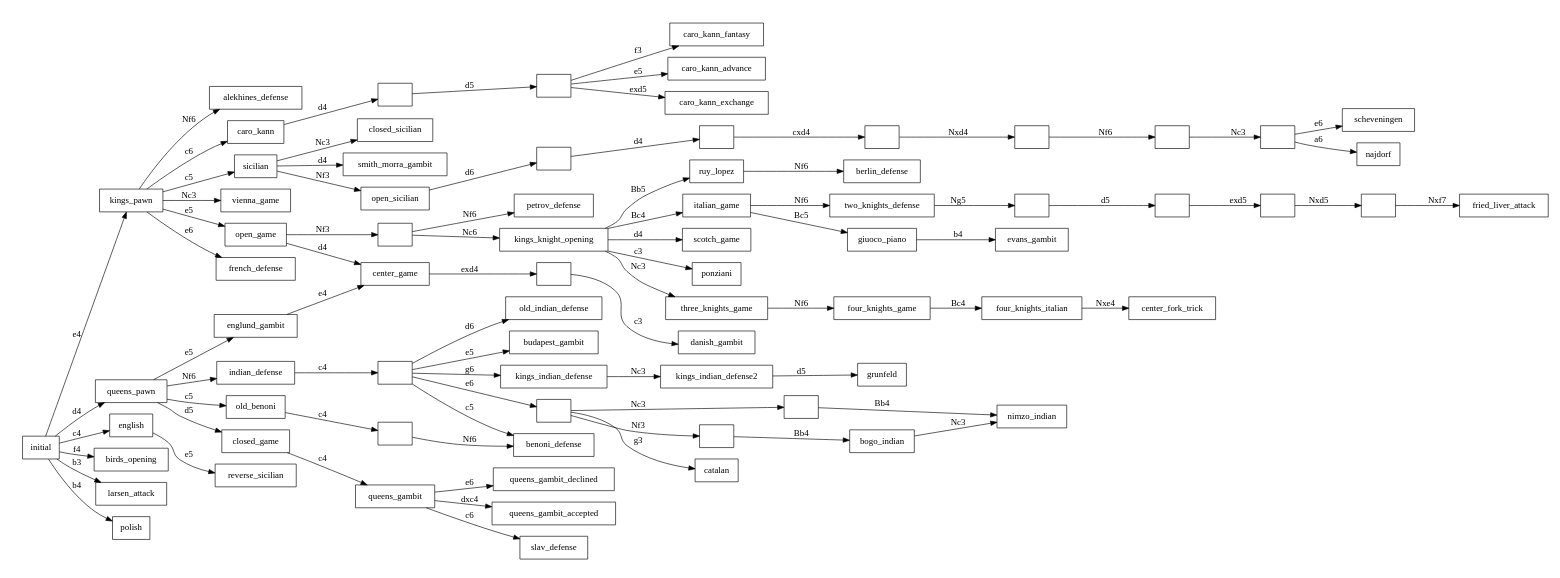
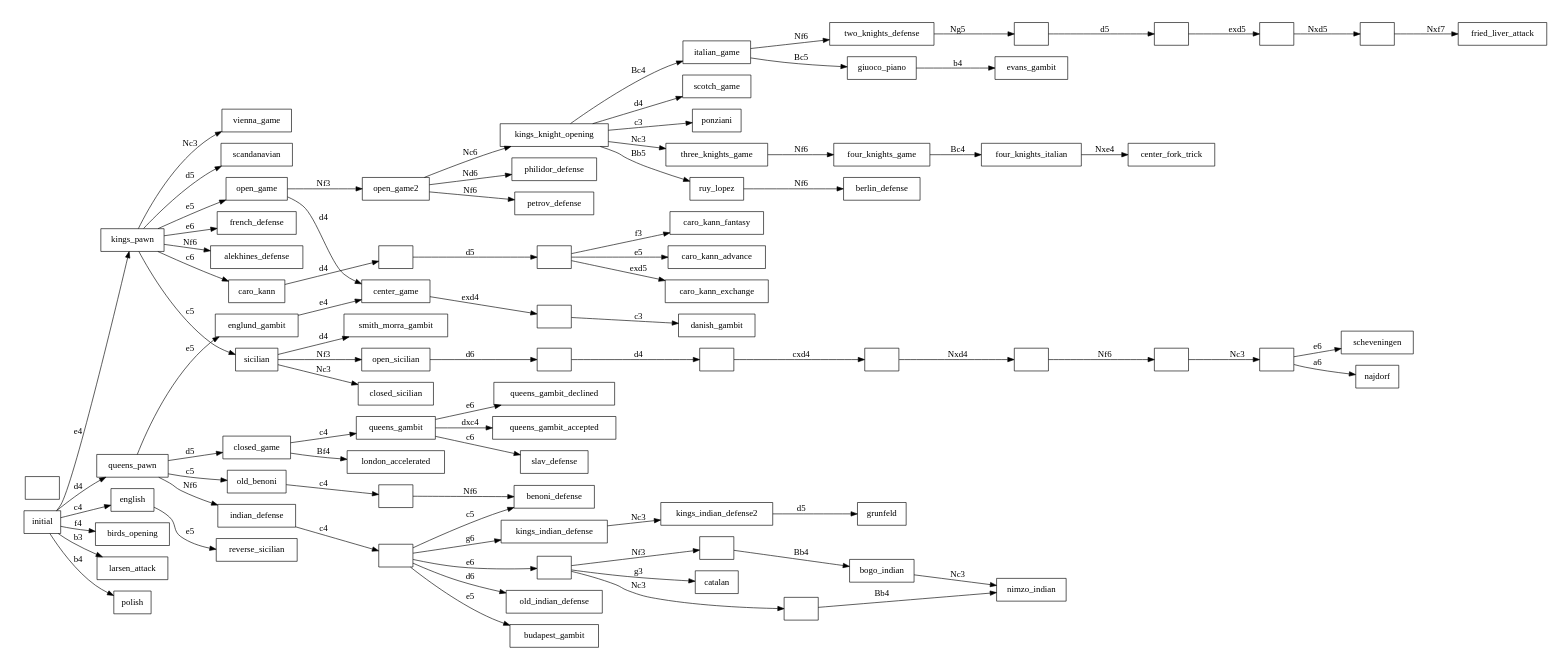
One commit to lwerdna/workbench changed the diagram in chess-openings-graph/openings.dot. Above: the diagram before and after it, drawn with Graphviz.

Commit message:
chess openings graph: Add philidor, petrov, scandinavian

```diff
--- a/chess-openings-graph/openings.dot
+++ b/chess-openings-graph/openings.dot
@@ -1,136 +1,139 @@
 digraph chess_openings {
 	rankdir=LR;
 	size="8,5"
 
     node [shape="box"]
 	indian_defense2 [label=""];
 	indian_defense3 [label=""];
 	indian_defense4 [label=""];
 	indian_defense5 [label=""];
 	open_game_2 [label=""];
 	old_benoni2 [label=""];
 	two_knights_defense2 [label=""];
 	two_knights_defense3 [label=""];
 	two_knights_defense4 [label=""];
 	two_knights_defense5 [label=""];
 	caro_kann2 [label=""];
 	caro_kann3 [label=""];
 	center_game2 [label=""];
 	open_sicilian2 [label=""];
 	open_sicilian3 [label=""];
 	open_sicilian4 [label=""];
 	open_sicilian5 [label=""];
 	open_sicilian6 [label=""];
 	open_sicilian7 [label=""];
 
 	initial [label="initial"]
 
 	initial -> kings_pawn [label="e4"];
 	initial -> queens_pawn [label="d4"];
 	initial -> english [label="c4"];
 	initial -> birds_opening [label="f4"];
 	initial -> larsen_attack [label="b3"];
 	initial -> polish [label="b4"];
 
+	kings_pawn -> scandanavian [label="d5"];
 	kings_pawn -> open_game [label="e5"];
 	kings_pawn -> french_defense [label="e6"];	
 	kings_pawn -> alekhines_defense [label="Nf6"];
 	kings_pawn -> caro_kann [label="c6"];
 	kings_pawn -> sicilian [label="c5"];
 	kings_pawn -> vienna_game [label="Nc3"];
 
 	caro_kann -> caro_kann2 [label="d4"];
 	caro_kann2 -> caro_kann3 [label="d5"];
 	caro_kann3 -> caro_kann_advance [label="e5"];
 	caro_kann3 -> caro_kann_exchange [label="exd5"];
 	caro_kann3 -> caro_kann_fantasy [label="f3"];
 
 	sicilian -> open_sicilian [label="Nf3"];
 	sicilian -> closed_sicilian [label="Nc3"];
 	sicilian -> smith_morra_gambit [label="d4"];
 
 	open_sicilian -> open_sicilian2 [label="d6"]
 
 	open_sicilian2 -> open_sicilian3 [label="d4"]
 	open_sicilian3 -> open_sicilian4 [label="cxd4"]
 	open_sicilian4 -> open_sicilian5 [label="Nxd4"]
 	open_sicilian5 -> open_sicilian6 [label="Nf6"]
 	open_sicilian6 -> open_sicilian7 [label="Nc3"]
 
 	open_sicilian7 -> scheveningen [label="e6"]
 	open_sicilian7 -> najdorf [label="a6"]	
 
 	english -> reverse_sicilian [label="e5"];
 
 	queens_pawn -> old_benoni [label="c5"];
 	queens_pawn -> closed_game [label="d5"];
 	queens_pawn -> englund_gambit [label="e5"];	
 	queens_pawn -> indian_defense [label="Nf6"];	
 
 	englund_gambit -> center_game [label="e4"];
 
 	old_benoni -> old_benoni2 [label="c4"];
 
 	old_benoni2 -> benoni_defense [label="Nf6"];
 
 	indian_defense -> indian_defense2 [label="c4"];
 
     indian_defense2 -> benoni_defense [label="c5"];
 	indian_defense2 -> old_indian_defense [label="d6"];
 	indian_defense2 -> budapest_gambit [label="e5"];
     indian_defense2 -> indian_defense3 [label="e6"];
 	indian_defense2 -> kings_indian_defense [label="g6"];
 
 	kings_indian_defense -> kings_indian_defense2 [label="Nc3"];
 	kings_indian_defense2 -> grunfeld [label="d5"];
 
 	indian_defense3 -> catalan [label="g3"];
 	indian_defense3 -> indian_defense4 [label="Nc3"];
 	indian_defense3 -> indian_defense5 [label="Nf3"];
 
 	indian_defense4 -> nimzo_indian [label="Bb4"];
 
 	indian_defense5 -> bogo_indian [label="Bb4"];
 	bogo_indian -> nimzo_indian [label="Nc3"];
 
 	closed_game -> queens_gambit [label="c4"];
+	closed_game -> london_accelerated [label="Bf4"];
 
 	queens_gambit -> queens_gambit_declined [label="e6"];
 	queens_gambit -> queens_gambit_accepted [label="dxc4"];
 	queens_gambit -> slav_defense [label="c6"];
 
-	open_game -> open_game_2 [label="Nf3"];
+	open_game -> open_game2 [label="Nf3"];
 	open_game -> center_game [label="d4"];	
 
-	open_game_2 -> petrov_defense [label="Nf6"];
-	open_game_2 -> kings_knight_opening [label="Nc6"];
+	open_game2 -> philidor_defense [label="Nd6"];
+	open_game2 -> petrov_defense [label="Nf6"];
+	open_game2 -> kings_knight_opening [label="Nc6"];
 
 	center_game -> center_game2 [label="exd4"];
 
 	center_game2 -> danish_gambit [label="c3"];
 
 	kings_knight_opening -> three_knights_game [label="Nc3"];
 	kings_knight_opening -> ruy_lopez [label="Bb5"];
 	kings_knight_opening -> italian_game [label="Bc4"];	
 	kings_knight_opening -> scotch_game [label="d4"];
 	kings_knight_opening -> ponziani [label="c3"];	
 
 	italian_game -> giuoco_piano [label="Bc5"];
 	italian_game -> two_knights_defense [label="Nf6"];
 
 	giuoco_piano -> evans_gambit [label="b4"];
 
 	ruy_lopez -> berlin_defense [label="Nf6"];
 
 	two_knights_defense -> two_knights_defense2 [label="Ng5"];
 	two_knights_defense2 -> two_knights_defense3 [label="d5"];
 	two_knights_defense3 -> two_knights_defense4 [label="exd5"];
 	two_knights_defense4 -> two_knights_defense5 [label="Nxd5"];
 	two_knights_defense5 -> fried_liver_attack [label="Nxf7"];
 
 	three_knights_game -> four_knights_game [label="Nf6"];
 
 	four_knights_game -> four_knights_italian [label="Bc4"];
 
 	four_knights_italian -> center_fork_trick [label="Nxe4"];
 }
```
